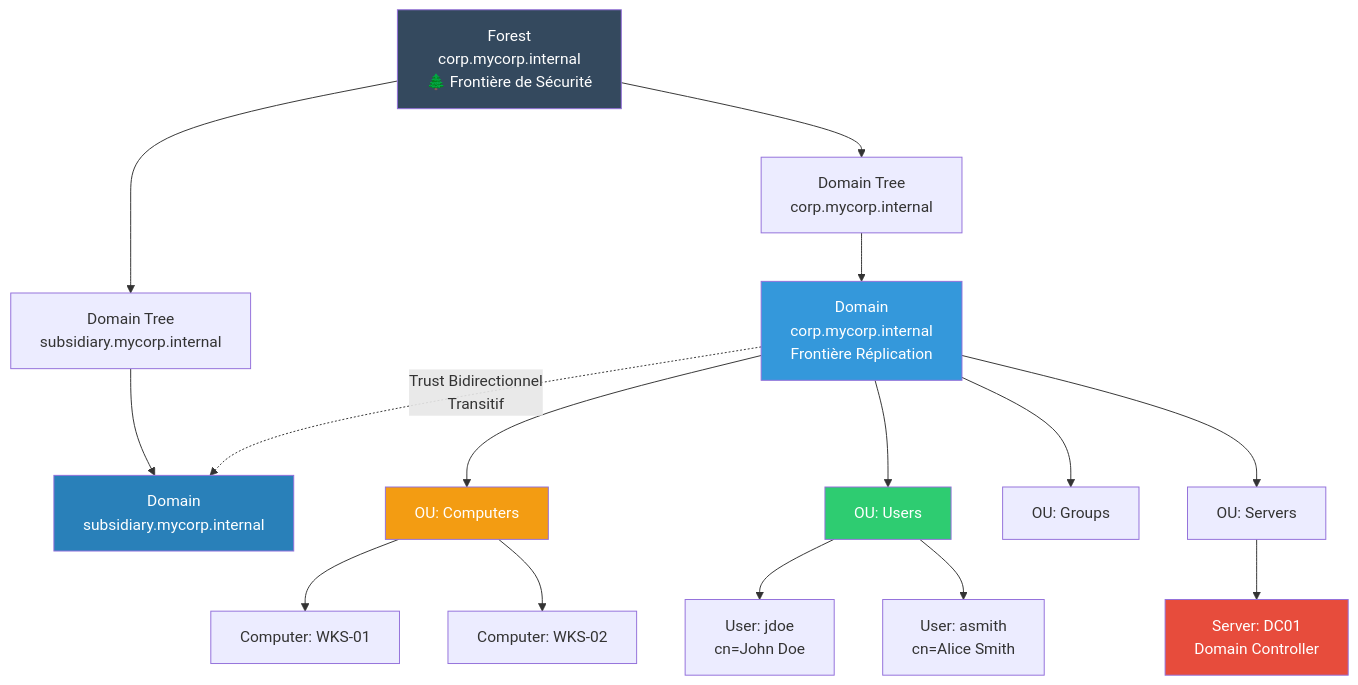
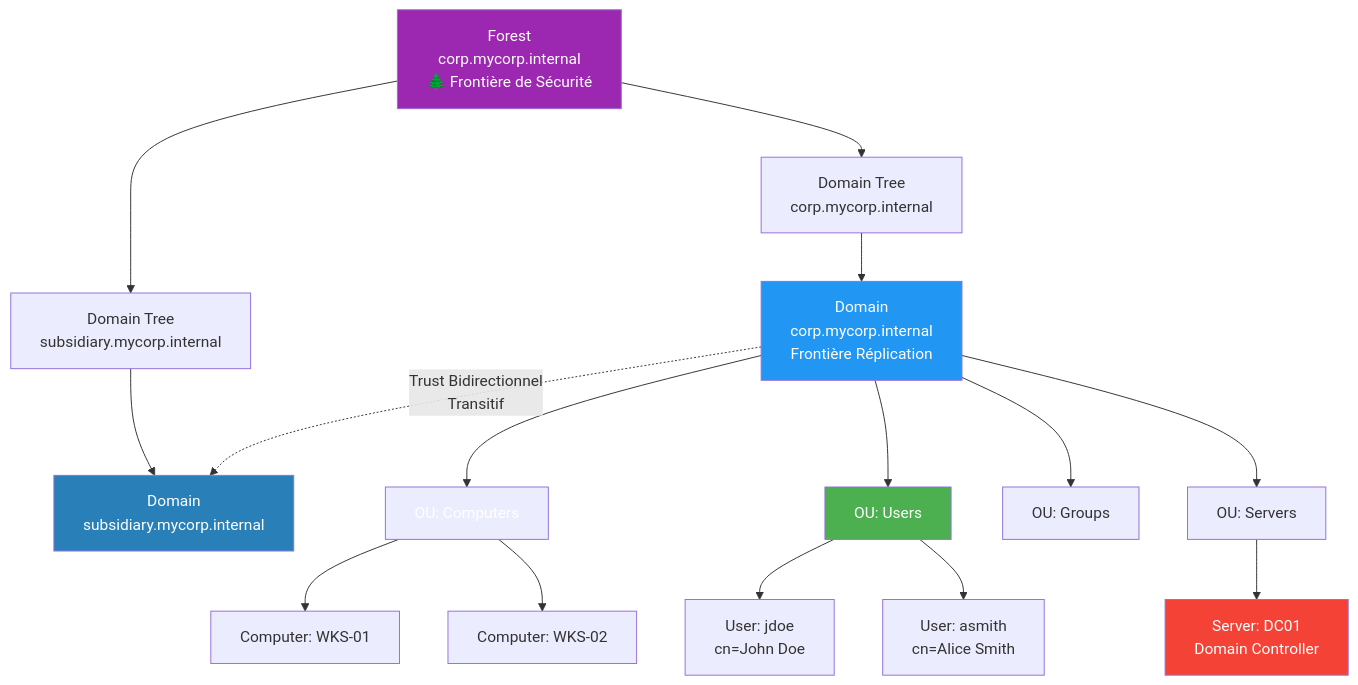
One commit to VBlackJack/ShellBook changed the first of 9 diagrams in docs/windows/windows-mindmaps.md. Above: the diagram before and after it, drawn with Mermaid. The commit also changed other lines of this file and 337 other files, not shown here.

First line of the commit message:
refactor(docs): Standardize code blocks and Mermaid colors

````diff
--- a/docs/windows/windows-mindmaps.md
+++ b/docs/windows/windows-mindmaps.md
@@ -26,30 +26,30 @@
 ```mermaid
 graph TD
     A[Forest<br/>corp.mycorp.internal<br/>🌲 Frontière de Sécurité] --> B1[Domain Tree<br/>corp.mycorp.internal]
     A --> B2[Domain Tree<br/>subsidiary.mycorp.internal]
 
     B1 --> C1[Domain<br/>corp.mycorp.internal<br/>Frontière Réplication]
     B2 --> C2[Domain<br/>subsidiary.mycorp.internal]
 
     C1 --> D1[OU: Computers]
     C1 --> D2[OU: Users]
     C1 --> D3[OU: Groups]
     C1 --> D4[OU: Servers]
 
     D2 --> E1[User: jdoe<br/>cn=John Doe]
     D2 --> E2[User: asmith<br/>cn=Alice Smith]
 
     D1 --> F1[Computer: WKS-01]
     D1 --> F2[Computer: WKS-02]
 
     D4 --> G1[Server: DC01<br/>Domain Controller]
 
     C1 -.->|Trust Bidirectionnel<br/>Transitif| C2
 
-    style A fill:#34495e,color:#fff
-    style C1 fill:#3498db,color:#fff
+    style A fill:#9C27B0,color:#fff
+    style C1 fill:#2196F3,color:#fff
     style C2 fill:#2980b9,color:#fff
-    style G1 fill:#e74c3c,color:#fff
-    style D2 fill:#2ecc71,color:#fff
-    style D1 fill:#f39c12,color:#fff
+    style G1 fill:#f44336,color:#fff
+    style D2 fill:#4CAF50,color:#fff
+    style D1 fill:#FF9800800800,color:#fff
 ```
````
